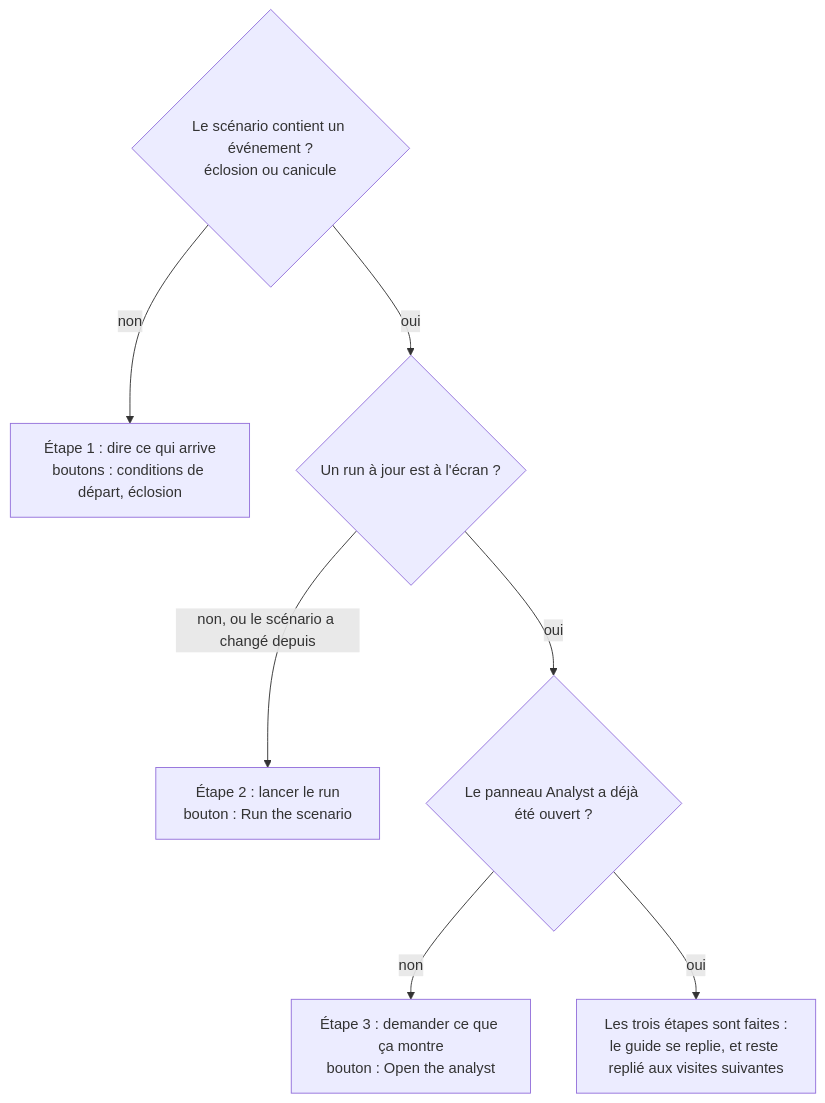
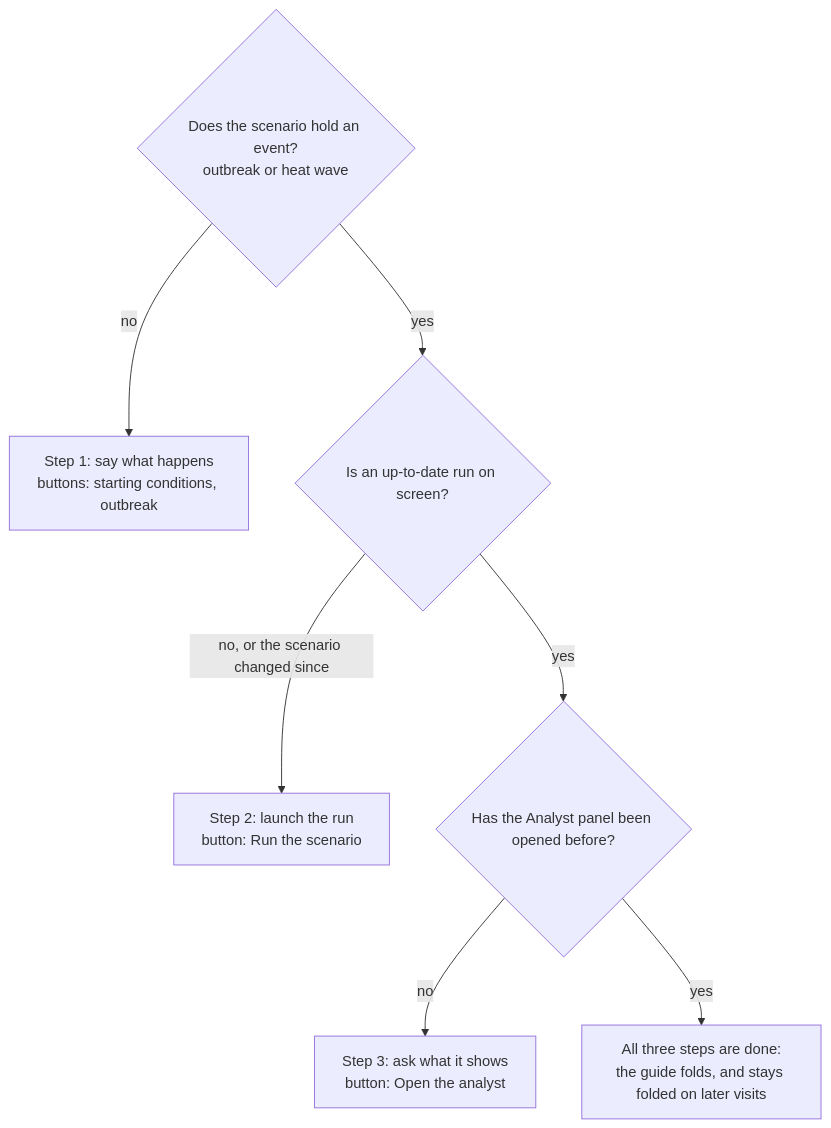
Before and after one commit to V1ktor7/obscyro: the diagram in frontend/content/docs/product/scenarios-page.md, drawn with Mermaid. The commit also changed other lines of this file and 15 other files, not shown here.

````diff
--- a/frontend/content/docs/product/scenarios-page.md
+++ b/frontend/content/docs/product/scenarios-page.md
@@ -14,9 +15,9 @@
 ```mermaid
 flowchart TD
-    A{"Le scénario contient un événement ?<br/>éclosion ou canicule"} -->|"non"| S1["Étape 1 : dire ce qui arrive<br/>boutons : conditions de départ, éclosion"]
-    A -->|"oui"| B{"Un run à jour est à l'écran ?"}
-    B -->|"non, ou le scénario a changé depuis"| S2["Étape 2 : lancer le run<br/>bouton : Run the scenario"]
-    B -->|"oui"| C{"Le panneau Analyst a déjà été ouvert ?"}
-    C -->|"non"| S3["Étape 3 : demander ce que ça montre<br/>bouton : Open the analyst"]
-    C -->|"oui"| D["Les trois étapes sont faites :<br/>le guide se replie, et reste replié aux visites suivantes"]
+    A{"Does the scenario hold an event?<br/>outbreak or heat wave"} -->|"no"| S1["Step 1: say what happens<br/>buttons: starting conditions, outbreak"]
+    A -->|"yes"| B{"Is an up-to-date run on screen?"}
+    B -->|"no, or the scenario changed since"| S2["Step 2: launch the run<br/>button: Run the scenario"]
+    B -->|"yes"| C{"Has the Analyst panel been opened before?"}
+    C -->|"no"| S3["Step 3: ask what it shows<br/>button: Open the analyst"]
+    C -->|"yes"| D["All three steps are done:<br/>the guide folds, and stays folded on later visits"]
 ```
````
